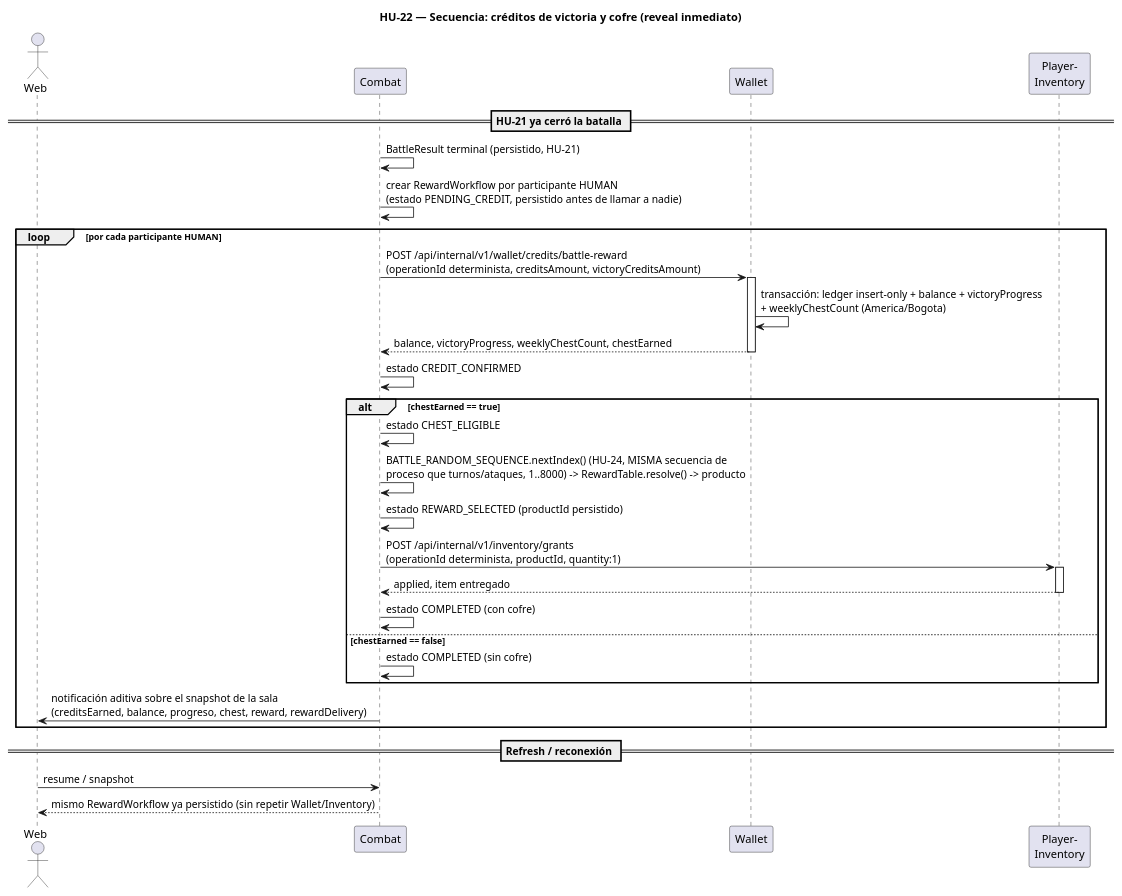
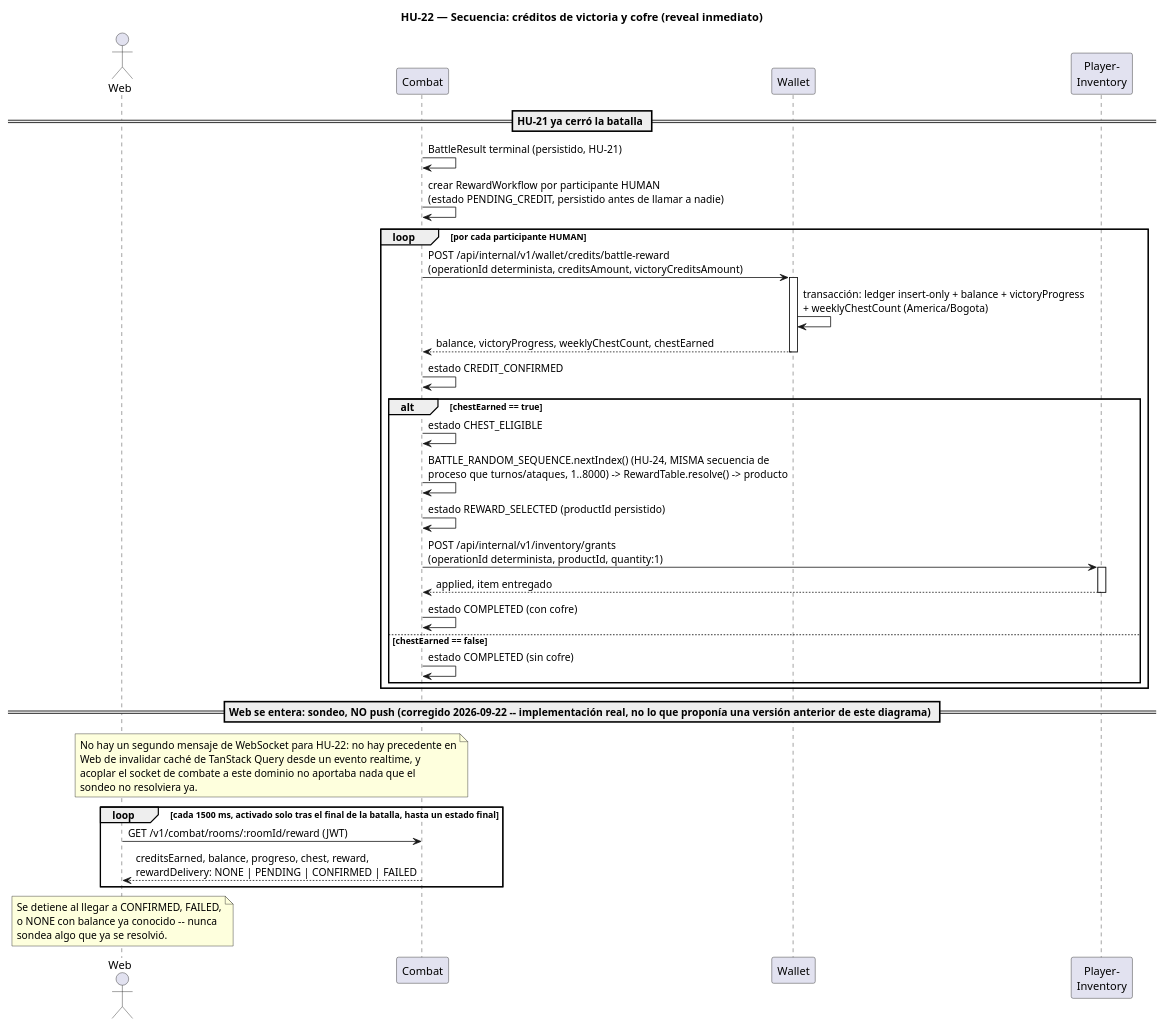
One commit to Nexus-Battle-VI/Nexus-Battle-Infrastructure changed the diagram in docs/diagrams/hu-22-sequence-reward.puml. Above: the diagram before and after it, drawn with PlantUML. The commit also changed 3 other files, not shown here.

First line of the commit message:
docs(HU-22): alinear el contrato con la implementacion real de las 4 Tasks

```diff
--- a/docs/diagrams/hu-22-sequence-reward.puml
+++ b/docs/diagrams/hu-22-sequence-reward.puml
@@ -1,41 +1,53 @@
 @startuml hu-22-sequence-reward
 title HU-22 — Secuencia: créditos de victoria y cofre (reveal inmediato)
 
 actor Web
 participant Combat
 participant Wallet
 participant "Player-\nInventory" as Inventory
 
 == HU-21 ya cerró la batalla ==
 Combat -> Combat : BattleResult terminal (persistido, HU-21)
 Combat -> Combat : crear RewardWorkflow por participante HUMAN\n(estado PENDING_CREDIT, persistido antes de llamar a nadie)
 
 loop por cada participante HUMAN
   Combat -> Wallet : POST /api/internal/v1/wallet/credits/battle-reward\n(operationId determinista, creditsAmount, victoryCreditsAmount)
   activate Wallet
   Wallet -> Wallet : transacción: ledger insert-only + balance + victoryProgress\n+ weeklyChestCount (America/Bogota)
   Wallet --> Combat : balance, victoryProgress, weeklyChestCount, chestEarned
   deactivate Wallet
   Combat -> Combat : estado CREDIT_CONFIRMED
 
   alt chestEarned == true
     Combat -> Combat : estado CHEST_ELIGIBLE
     Combat -> Combat : BATTLE_RANDOM_SEQUENCE.nextIndex() (HU-24, MISMA secuencia de\nproceso que turnos/ataques, 1..8000) -> RewardTable.resolve() -> producto
     Combat -> Combat : estado REWARD_SELECTED (productId persistido)
     Combat -> Inventory : POST /api/internal/v1/inventory/grants\n(operationId determinista, productId, quantity:1)
     activate Inventory
     Inventory --> Combat : applied, item entregado
     deactivate Inventory
     Combat -> Combat : estado COMPLETED (con cofre)
   else chestEarned == false
     Combat -> Combat : estado COMPLETED (sin cofre)
   end
 
-  Combat -> Web : notificación aditiva sobre el snapshot de la sala\n(creditsEarned, balance, progreso, chest, reward, rewardDelivery)
 end
 
-== Refresh / reconexión ==
-Web -> Combat : resume / snapshot
-Combat --> Web : mismo RewardWorkflow ya persistido (sin repetir Wallet/Inventory)
+== Web se entera: sondeo, NO push (corregido 2026-09-22 -- implementación real, no lo que proponía una versión anterior de este diagrama) ==
+note over Web, Combat
+  No hay un segundo mensaje de WebSocket para HU-22: no hay precedente en
+  Web de invalidar caché de TanStack Query desde un evento realtime, y
+  acoplar el socket de combate a este dominio no aportaba nada que el
+  sondeo no resolviera ya.
+end note
+loop cada 1500 ms, activado solo tras el final de la batalla, hasta un estado final
+  Web -> Combat : GET /v1/combat/rooms/:roomId/reward (JWT)
+  Combat --> Web : creditsEarned, balance, progreso, chest, reward,\nrewardDelivery: NONE | PENDING | CONFIRMED | FAILED
+end
+note over Web
+  Se detiene al llegar a CONFIRMED, FAILED,
+  o NONE con balance ya conocido -- nunca
+  sondea algo que ya se resolvió.
+end note
 
 @enduml
```
